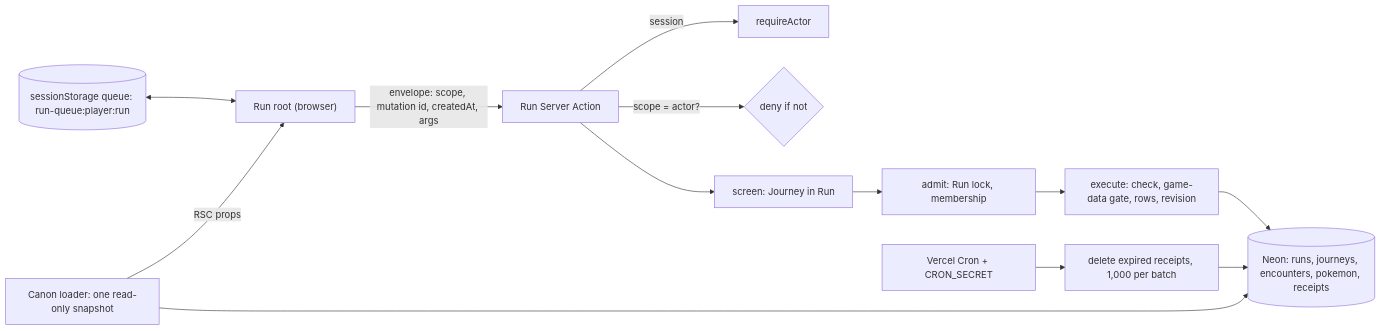
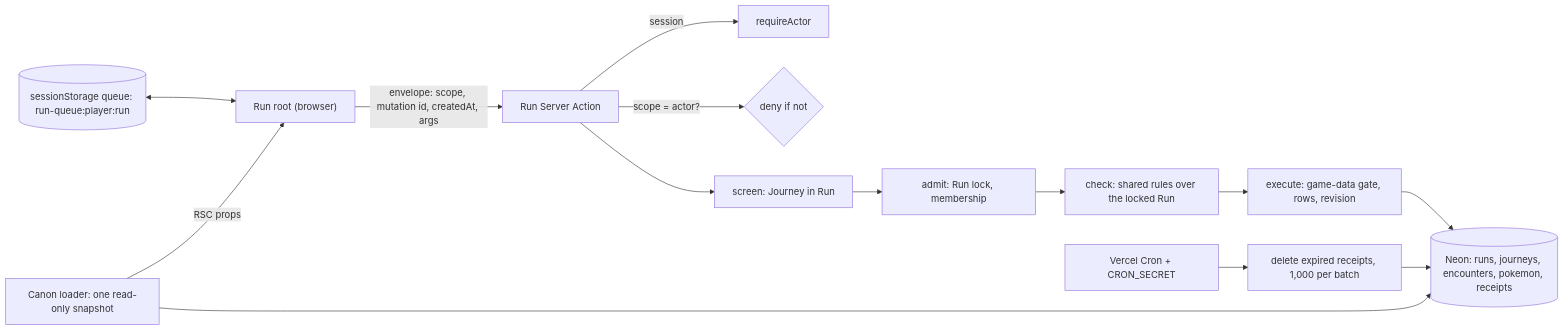
Before and after one commit to nuzlocke-gg/web-app: the third of 4 diagrams in docs/threat-model.md, drawn with Mermaid. The commit also changed other lines of this file and 11 other files, not shown here.

First line of the commit message:
Migrate run.v1 mutations to headcanon's check and apply form (NUZ-70) (#12)

````diff
--- a/docs/threat-model.md
+++ b/docs/threat-model.md
@@ -104,15 +104,16 @@
 ```mermaid
 flowchart LR
   Q[("sessionStorage queue: run-queue:player:run")] <--> R["Run root (browser)"]
   R -->|"envelope: scope, mutation id, createdAt, args"| A["Run Server Action"]
   A -->|"session"| G["requireActor"]
   A -->|"scope = actor?"| X{"deny if not"}
   A --> SC["screen: Journey in Run"]
   SC --> L["admit: Run lock, membership"]
-  L --> E["execute: check, game-data gate, rows, revision"]
+  L --> K["check: shared rules over the locked Run"]
+  K --> E["execute: game-data gate, rows, revision"]
   E --> D[("Neon: runs, journeys, encounters, pokemon, receipts")]
   C["Vercel Cron + CRON_SECRET"] --> CL["delete expired receipts, 1,000 per batch"]
   CL --> D
   LD["Canon loader: one read-only snapshot"] --> D
   LD -->|"RSC props"| R
 ```
````
